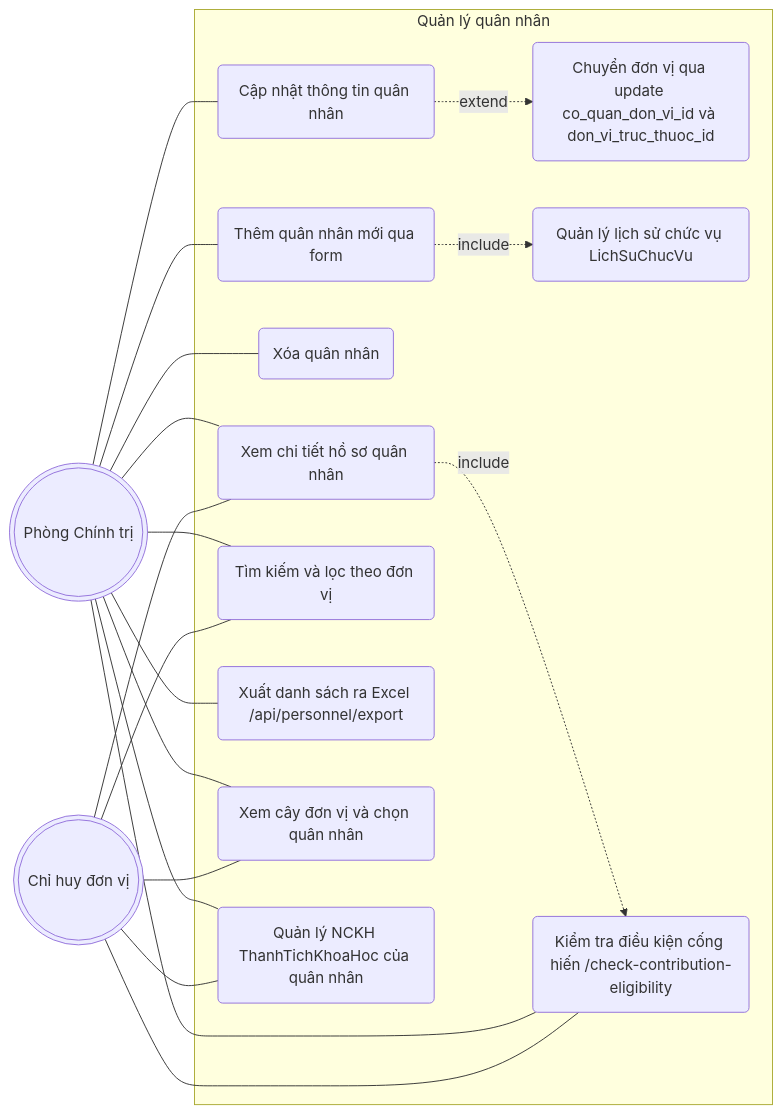
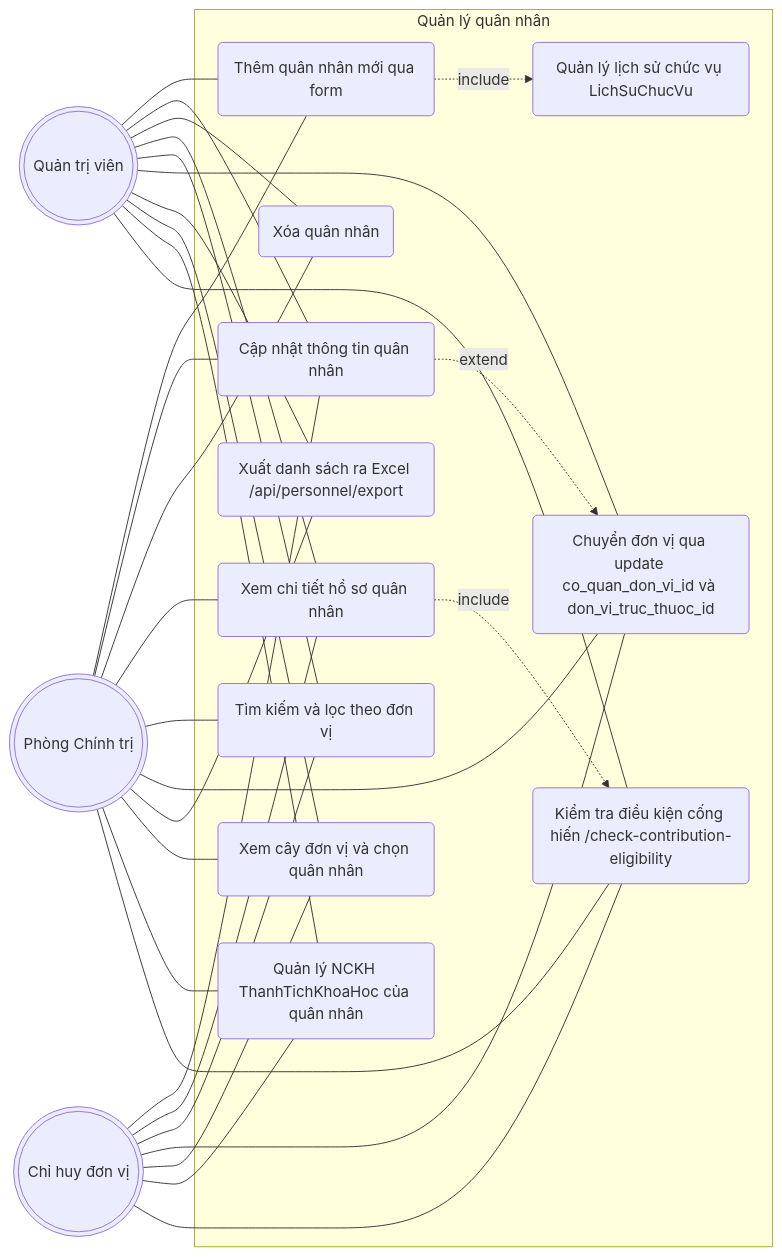
The third of 14 diagrams in docs/diagrams/01-use-case.md (tranducbk/DATN_PM_QLKT), drawn with Mermaid before and after one commit. The commit also changed other lines of this file and 4 other files, not shown here.

````diff
--- a/docs/diagrams/01-use-case.md
+++ b/docs/diagrams/01-use-case.md
@@ -128,39 +143,54 @@
 ```mermaid
 flowchart LR
+    SA(((Quản trị viên)))
     AD(((Phòng Chính trị)))
     MG(((Chỉ huy đơn vị)))
 
     subgraph SYS[Quản lý quân nhân]
         UC1(Thêm quân nhân mới qua form)
         UC2(Cập nhật thông tin quân nhân)
         UC3(Xóa quân nhân)
         UC4(Xem chi tiết hồ sơ quân nhân)
         UC5(Tìm kiếm và lọc theo đơn vị)
         UC6(Chuyển đơn vị qua update co_quan_don_vi_id và don_vi_truc_thuoc_id)
         UC7(Quản lý lịch sử chức vụ LichSuChucVu)
         UC8(Xuất danh sách ra Excel /api/personnel/export)
         UC9(Xem cây đơn vị và chọn quân nhân)
         UC10(Quản lý NCKH ThanhTichKhoaHoc của quân nhân)
         UC11(Kiểm tra điều kiện cống hiến /check-contribution-eligibility)
 
         UC1 -.->|include| UC7
         UC2 -.->|extend| UC6
         UC4 -.->|include| UC11
     end
 
+    SA --- UC1
+    SA --- UC2
+    SA --- UC3
+    SA --- UC4
+    SA --- UC5
+    SA --- UC6
+    SA --- UC8
+    SA --- UC9
+    SA --- UC10
+    SA --- UC11
+
     AD --- UC1
     AD --- UC2
     AD --- UC3
     AD --- UC4
     AD --- UC5
+    AD --- UC6
     AD --- UC8
     AD --- UC9
     AD --- UC10
     AD --- UC11
 
+    MG --- UC2
     MG --- UC4
     MG --- UC5
+    MG --- UC6
     MG --- UC9
     MG --- UC10
     MG --- UC11
 ```
````
